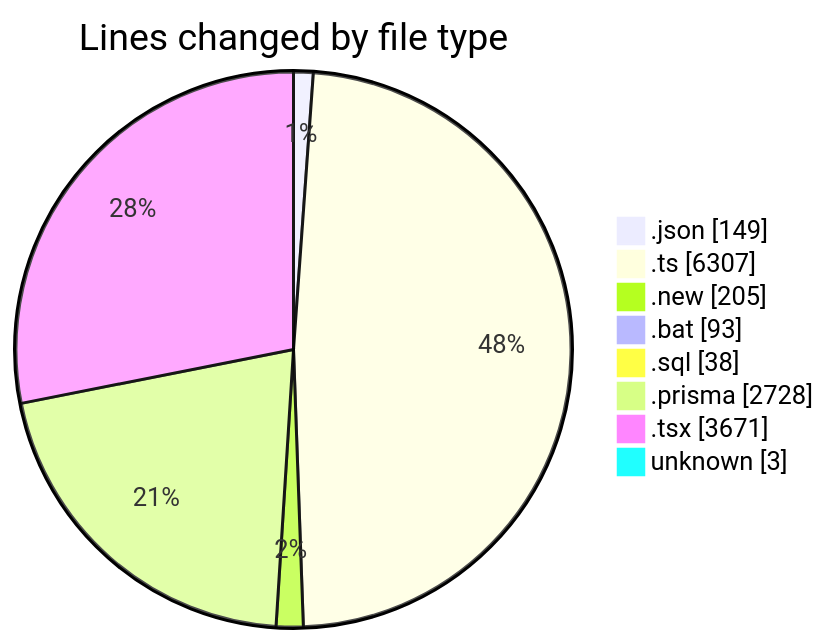
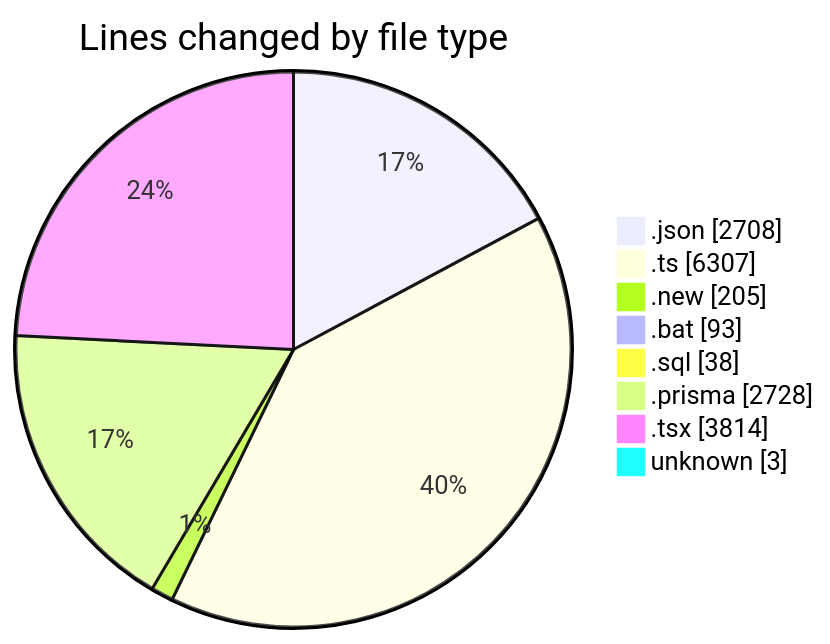
The first of 2 diagrams in 2025-05-20/ecodeli-1/README.md (CELIANVF/code-tracking), drawn with Mermaid before and after one commit. The commit also changed other lines of this file and 1 other file, not shown here.

````diff
--- a/2025-05-20/ecodeli-1/README.md
+++ b/2025-05-20/ecodeli-1/README.md
@@ -69,12 +71,12 @@
 ```mermaid
 pie showData
 title Lines changed by file type
-".json" : 149
+".json" : 2708
 ".ts" : 6307
 ".new" : 205
 ".bat" : 93
 ".sql" : 38
 ".prisma" : 2728
-".tsx" : 3671
+".tsx" : 3814
 "unknown" : 3
 ```
````
